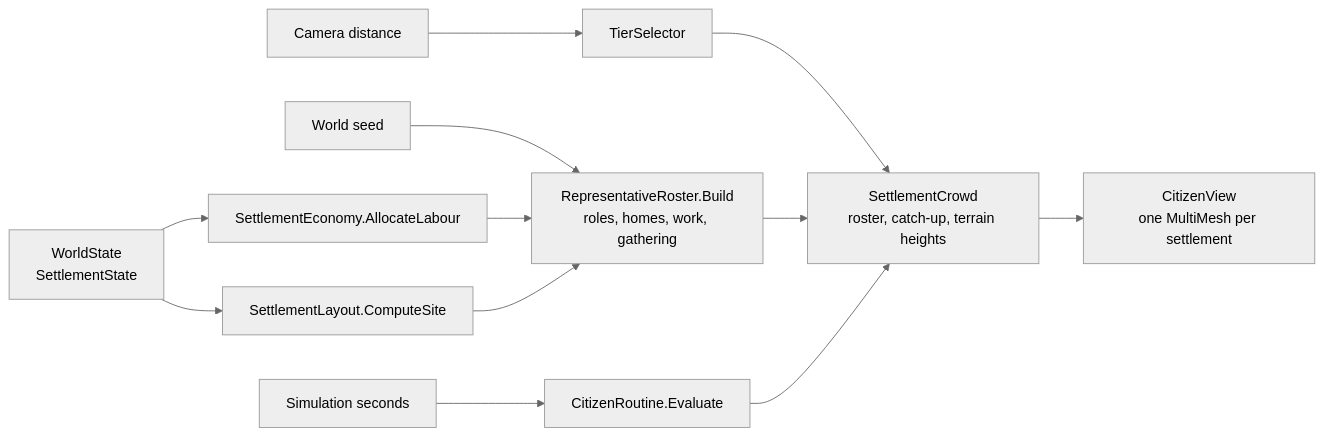
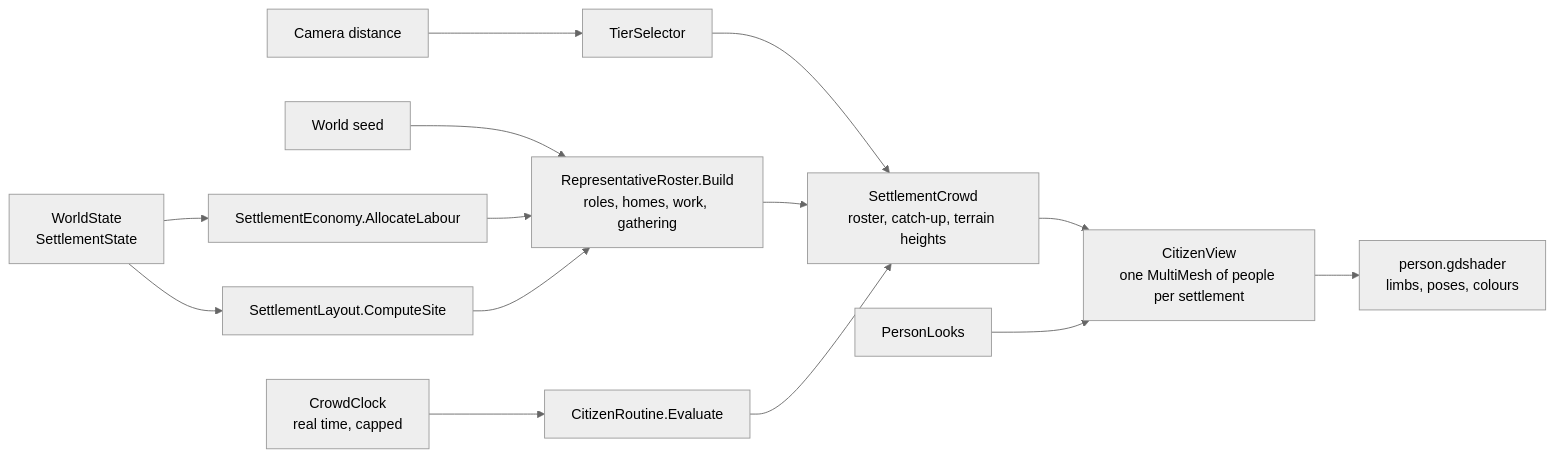
One commit to roeyazroel/pantheon changed diagram 15 of 35 in docs/ARCHITECTURE.md. Above: the diagram before and after it, drawn with Mermaid (neutral theme). The commit also changed other lines of this file and 44 other files, not shown here.

````diff
--- a/docs/ARCHITECTURE.md
+++ b/docs/ARCHITECTURE.md
@@ -1424,14 +1439,16 @@
 ```mermaid
 flowchart LR
     State["WorldState<br/>SettlementState"] --> Labour["SettlementEconomy.AllocateLabour"]
     State --> Layout["SettlementLayout.ComputeSite"]
     Seed["World seed"] --> Roster
     Labour --> Roster["RepresentativeRoster.Build<br/>roles, homes, work, gathering"]
     Layout --> Roster
     Camera["Camera distance"] --> Tier["TierSelector"]
     Tier --> Crowd["SettlementCrowd<br/>roster, catch-up, terrain heights"]
     Roster --> Crowd
-    Time["Simulation seconds"] --> Routine["CitizenRoutine.Evaluate"]
+    Time["CrowdClock<br/>real time, capped"] --> Routine["CitizenRoutine.Evaluate"]
     Routine --> Crowd
-    Crowd --> View["CitizenView<br/>one MultiMesh per settlement"]
+    Crowd --> View["CitizenView<br/>one MultiMesh of people per settlement"]
+    Looks["PersonLooks"] --> View
+    View --> Shader["person.gdshader<br/>limbs, poses, colours"]
 ```
````
